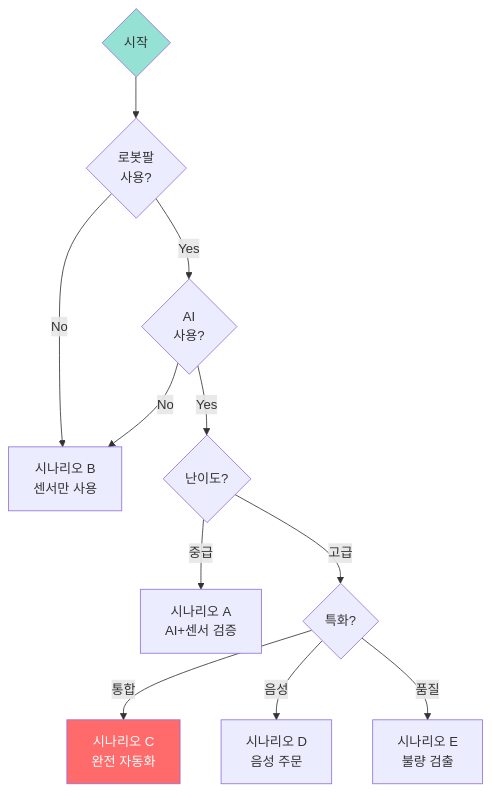
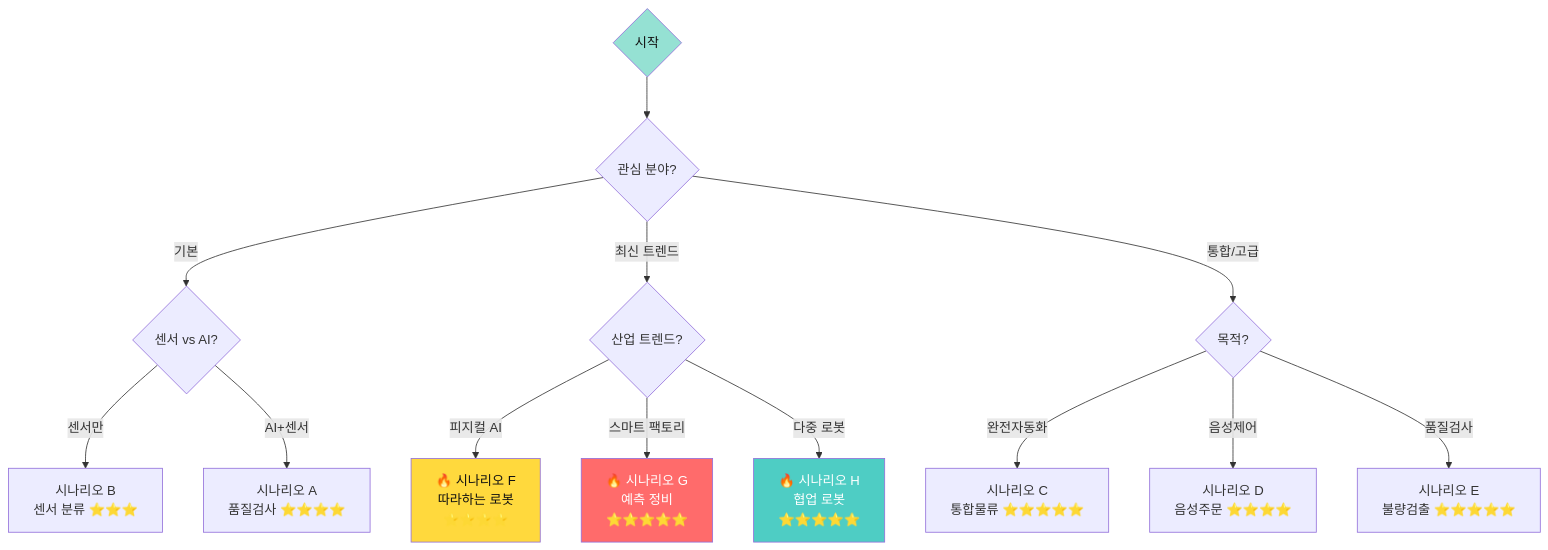
One commit to Collegenie-X/Smart_Factory_Arms_Project changed the ninth of 12 diagrams in curriculum/교육_커리큘럼_ 시나리오_상세가이드_Day3.md. Above: the diagram before and after it, drawn with Mermaid. The commit also changed other lines of this file and 20 other files, not shown here.

````diff
--- a/curriculum/교육_커리큘럼_ 시나리오_상세가이드_Day3.md
+++ b/curriculum/교육_커리큘럼_ 시나리오_상세가이드_Day3.md
@@ -1955,20 +3092,25 @@
 ```mermaid
 graph TD
-    START{시작} --> Q1{로봇팔<br/>사용?}
+    START{시작} --> Q1{관심 분야?}
     
-    Q1 -->|Yes| Q2{AI<br/>사용?}
-    Q1 -->|No| S_B[시나리오 B<br/>센서만 사용]
+    Q1 -->|기본| Q2{센서 vs AI?}
+    Q1 -->|최신 트렌드| Q5{산업 트렌드?}
     
-    Q2 -->|Yes| Q3{난이도?}
-    Q2 -->|No| S_B
+    Q2 -->|센서만| S_B[시나리오 B<br/>센서 분류 ⭐⭐⭐]
+    Q2 -->|AI+센서| S_A[시나리오 A<br/>품질검사 ⭐⭐⭐⭐]
     
-    Q3 -->|중급| S_A[시나리오 A<br/>AI+센서 검증]
-    Q3 -->|고급| Q4{특화?}
+    Q5 -->|피지컬 AI| S_F[🔥 시나리오 F<br/>따라하는 로봇<br/>⭐⭐⭐⭐]
+    Q5 -->|스마트 팩토리| S_G[🔥 시나리오 G<br/>예측 정비<br/>⭐⭐⭐⭐⭐]
+    Q5 -->|다중 로봇| S_H[🔥 시나리오 H<br/>협업 로봇<br/>⭐⭐⭐⭐⭐]
     
-    Q4 -->|통합| S_C[시나리오 C<br/>완전 자동화]
-    Q4 -->|음성| S_D[시나리오 D<br/>음성 주문]
-    Q4 -->|품질| S_E[시나리오 E<br/>불량 검출]
+    Q1 -->|통합/고급| Q3{목적?}
     
-    style START fill:#95E1D3
-    style S_C fill:#FF6B6B,color:#fff
+    Q3 -->|완전자동화| S_C[시나리오 C<br/>통합물류 ⭐⭐⭐⭐⭐]
+    Q3 -->|음성제어| S_D[시나리오 D<br/>음성주문 ⭐⭐⭐⭐]
+    Q3 -->|품질검사| S_E[시나리오 E<br/>불량검출 ⭐⭐⭐⭐⭐]
+    
+    style START fill:#95E1D3,color:#111
+    style S_F fill:#FFD93D,color:#111
+    style S_G fill:#FF6B6B,color:#fff
+    style S_H fill:#4ECDC4,color:#fff
 ```
````
